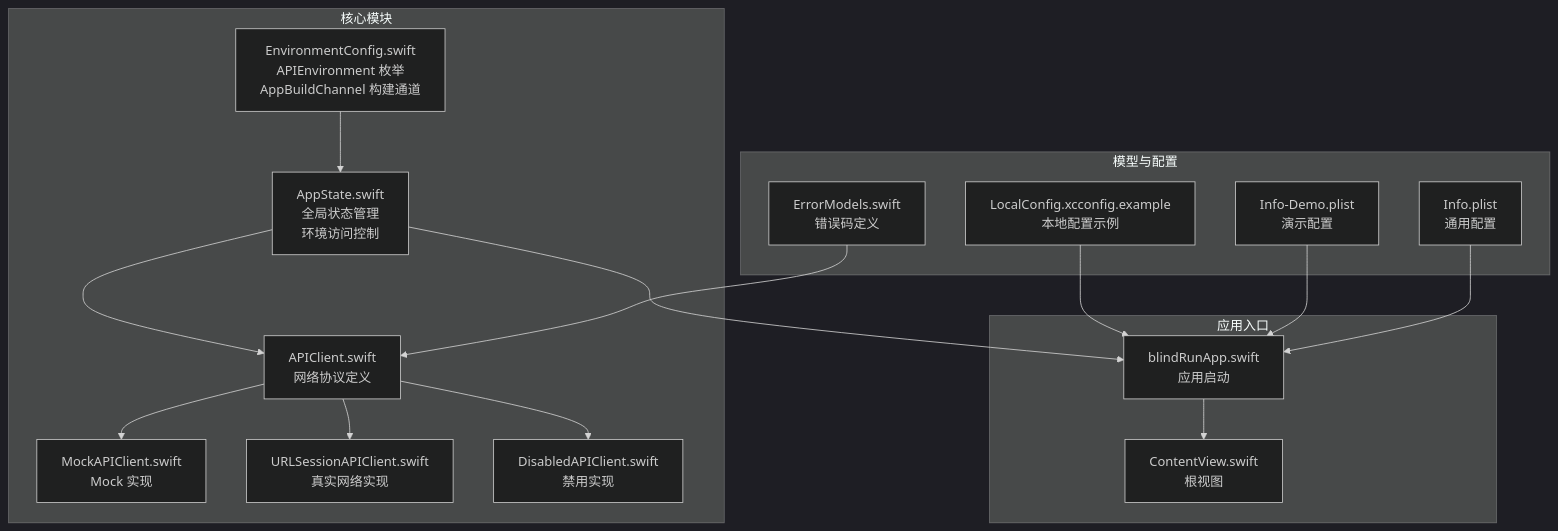
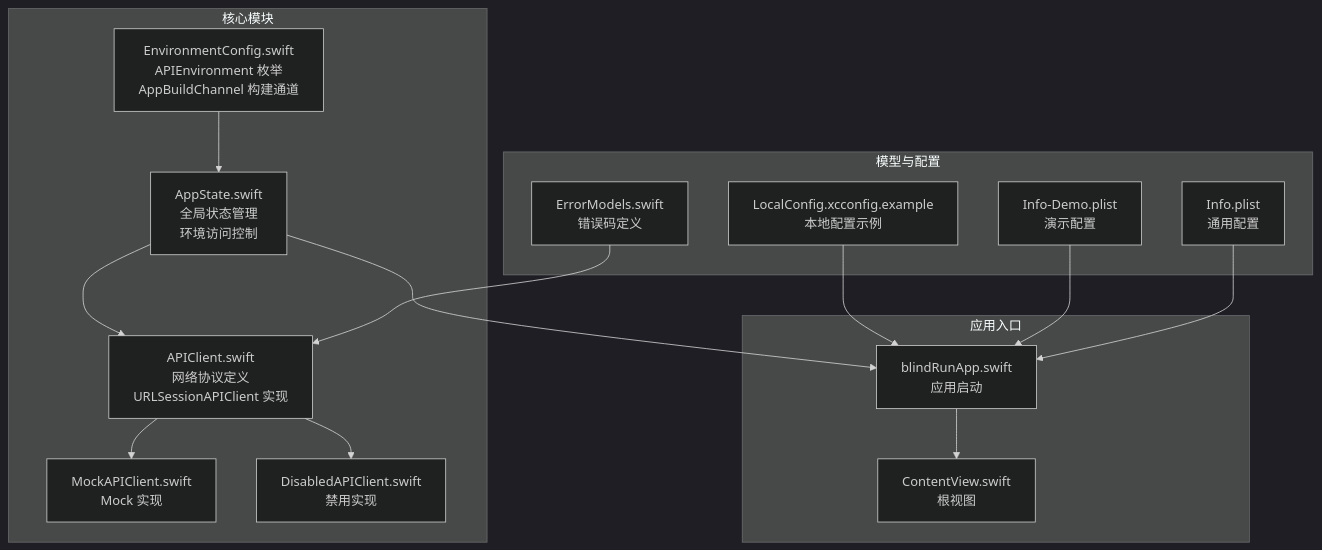
One commit to Jayden23018/blind-run-ios changed the first of 8 diagrams in .qoder/repowiki/zh/content/架构设计/API 环境配置.md. Above: the diagram before and after it, drawn with Mermaid (dark theme). The commit also changed other lines of this file and 9 other files, not shown here.

````diff
--- a/.qoder/repowiki/zh/content/架构设计/API 环境配置.md
+++ b/.qoder/repowiki/zh/content/架构设计/API 环境配置.md
@@ -51,32 +49,30 @@
 ```mermaid
 graph TB
 subgraph "核心模块"
 A["EnvironmentConfig.swift<br/>APIEnvironment 枚举<br/>AppBuildChannel 构建通道"]
 B["AppState.swift<br/>全局状态管理<br/>环境访问控制"]
-C["APIClient.swift<br/>网络协议定义"]
+C["APIClient.swift<br/>网络协议定义<br/>URLSessionAPIClient 实现"]
 D["MockAPIClient.swift<br/>Mock 实现"]
-E["URLSessionAPIClient.swift<br/>真实网络实现"]
-F["DisabledAPIClient.swift<br/>禁用实现"]
+E["DisabledAPIClient.swift<br/>禁用实现"]
 end
 subgraph "应用入口"
-G["blindRunApp.swift<br/>应用启动"]
-H["ContentView.swift<br/>根视图"]
+F["blindRunApp.swift<br/>应用启动"]
+G["ContentView.swift<br/>根视图"]
 end
 subgraph "模型与配置"
-I["ErrorModels.swift<br/>错误码定义"]
-J["LocalConfig.xcconfig.example<br/>本地配置示例"]
-K["Info-Demo.plist<br/>演示配置"]
-L["Info.plist<br/>通用配置"]
+H["ErrorModels.swift<br/>错误码定义"]
+I["LocalConfig.xcconfig.example<br/>本地配置示例"]
+J["Info-Demo.plist<br/>演示配置"]
+K["Info.plist<br/>通用配置"]
 end
 A --> B
 B --> C
 C --> D
 C --> E
-C --> F
-G --> H
-B --> G
-I --> C
-J --> G
-K --> G
-L --> G
+F --> G
+B --> F
+H --> C
+I --> F
+J --> F
+K --> F
 ```
````
